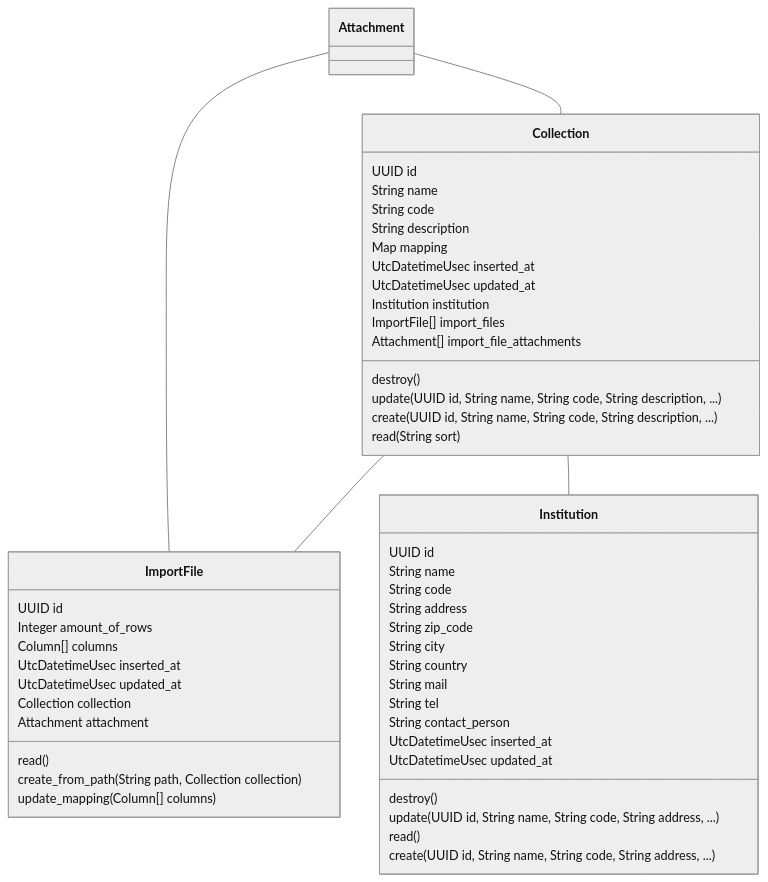
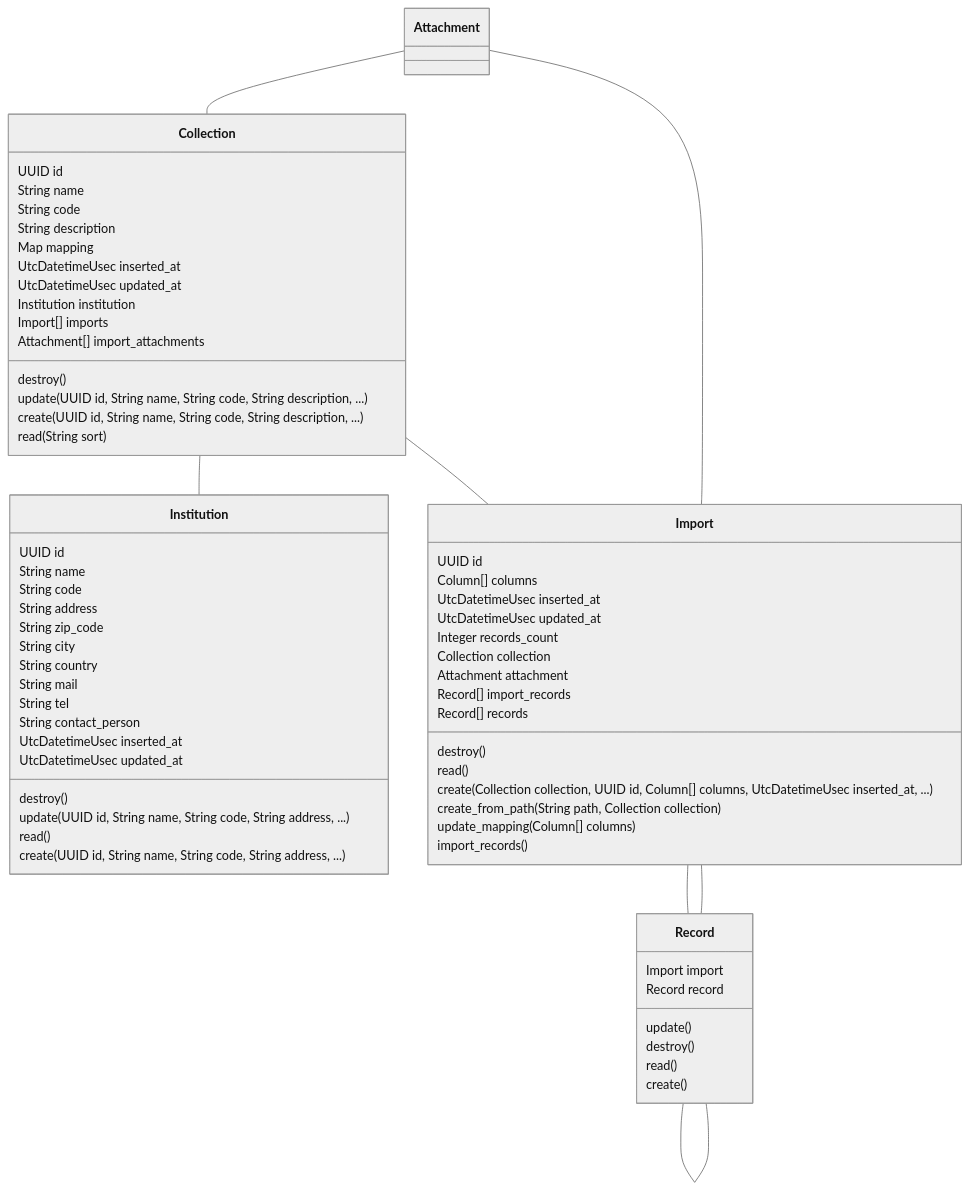
One commit to zebbra/data_aggregator changed the diagram in lib/data_aggregator/platform/platform-mermaid-class-diagram.md. Above: the diagram before and after it, drawn with Mermaid (neutral theme). The commit also changed 41 other files, not shown here.

````diff
--- a/lib/data_aggregator/platform/platform-mermaid-class-diagram.md
+++ b/lib/data_aggregator/platform/platform-mermaid-class-diagram.md
@@ -1,55 +1,71 @@
 ```mermaid
 classDiagram
     class Institution {
         UUID id
         String name
         String code
         String address
         String zip_code
         String city
         String country
         String mail
         String tel
         String contact_person
         UtcDatetimeUsec inserted_at
         UtcDatetimeUsec updated_at
         destroy()
         update(UUID id, String name, String code, String address, ...)
         read()
         create(UUID id, String name, String code, String address, ...)
     }
     class Collection {
         UUID id
         String name
         String code
         String description
         Map mapping
         UtcDatetimeUsec inserted_at
         UtcDatetimeUsec updated_at
         Institution institution
-        ImportFile[] import_files
-        Attachment[] import_file_attachments
+        Import[] imports
+        Attachment[] import_attachments
         destroy()
         update(UUID id, String name, String code, String description, ...)
         create(UUID id, String name, String code, String description, ...)
         read(String sort)
     }
-    class ImportFile {
+    class Import {
         UUID id
-        Integer amount_of_rows
         Column[] columns
         UtcDatetimeUsec inserted_at
         UtcDatetimeUsec updated_at
+        Integer records_count
         Collection collection
         Attachment attachment
+        Record[] import_records
+        Record[] records
+        destroy()
         read()
+        create(Collection collection, UUID id, Column[] columns, UtcDatetimeUsec inserted_at, ...)
         create_from_path(String path, Collection collection)
         update_mapping(Column[] columns)
+        import_records()
+    }
+    class Record {
+        Import import
+        Record record
+        update()
+        destroy()
+        read()
+        create()
     }
 
+    Record -- Import
+    Record -- Record
     Attachment -- Collection
-    Attachment -- ImportFile
-    Collection -- ImportFile
+    Attachment -- Import
+    Collection -- Import
     Collection -- Institution
+    Import -- Record
 
 ```
````
